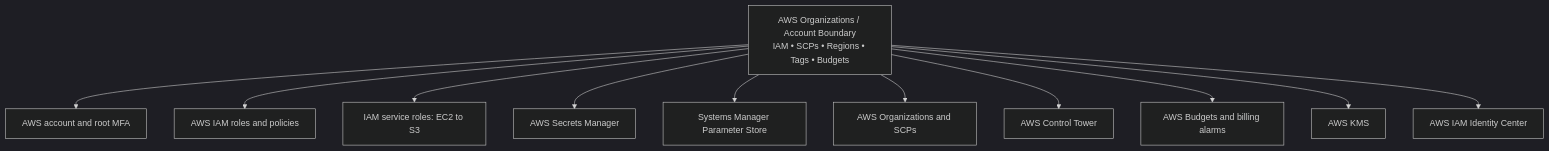
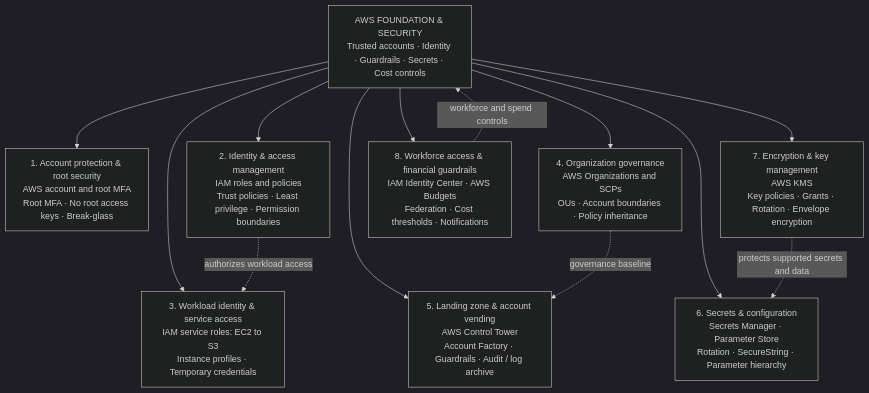
Before and after one commit to tripathies/aws-master-vault: the diagram in buckets/01-foundation-security/architecture.mmd, drawn with Mermaid (dark theme).

Commit message:
Upgrade Bucket 1 Mermaid mind map

```diff
--- a/buckets/01-foundation-security/architecture.mmd
+++ b/buckets/01-foundation-security/architecture.mmd
@@ -1,22 +1,22 @@
 flowchart TB
-  ROOT["AWS Organizations / Account Boundary<br/>IAM • SCPs • Regions • Tags • Budgets"]
-  S0["AWS account and root MFA"]
-  S1["AWS IAM roles and policies"]
-  S2["IAM service roles: EC2 to S3"]
-  S3["AWS Secrets Manager"]
-  S4["Systems Manager Parameter Store"]
-  S5["AWS Organizations and SCPs"]
-  S6["AWS Control Tower"]
-  S7["AWS Budgets and billing alarms"]
-  S8["AWS KMS"]
-  S9["AWS IAM Identity Center"]
-  ROOT --> S0
-  ROOT --> S1
-  ROOT --> S2
-  ROOT --> S3
-  ROOT --> S4
-  ROOT --> S5
-  ROOT --> S6
-  ROOT --> S7
-  ROOT --> S8
-  ROOT --> S9
+  ROOT["AWS FOUNDATION & SECURITY<br/>Trusted accounts · Identity · Guardrails · Secrets · Cost controls"]
+  D1["1. Account protection & root security<br/>AWS account and root MFA<br/>Root MFA · No root access keys · Break-glass"]
+  D2["2. Identity & access management<br/>IAM roles and policies<br/>Trust policies · Least privilege · Permission boundaries"]
+  D3["3. Workload identity & service access<br/>IAM service roles: EC2 to S3<br/>Instance profiles · Temporary credentials"]
+  D4["4. Organization governance<br/>AWS Organizations and SCPs<br/>OUs · Account boundaries · Policy inheritance"]
+  D5["5. Landing zone & account vending<br/>AWS Control Tower<br/>Account Factory · Guardrails · Audit / log archive"]
+  D6["6. Secrets & configuration<br/>Secrets Manager · Parameter Store<br/>Rotation · SecureString · Parameter hierarchy"]
+  D7["7. Encryption & key management<br/>AWS KMS<br/>Key policies · Grants · Rotation · Envelope encryption"]
+  D8["8. Workforce access & financial guardrails<br/>IAM Identity Center · AWS Budgets<br/>Federation · Cost thresholds · Notifications"]
+  ROOT --> D1
+  ROOT --> D2
+  ROOT --> D3
+  ROOT --> D4
+  ROOT --> D5
+  ROOT --> D6
+  ROOT --> D7
+  ROOT --> D8
+  D4 -. governance baseline .-> D5
+  D2 -. authorizes workload access .-> D3
+  D7 -. protects supported secrets and data .-> D6
+  D8 -. workforce and spend controls .-> ROOT
```
